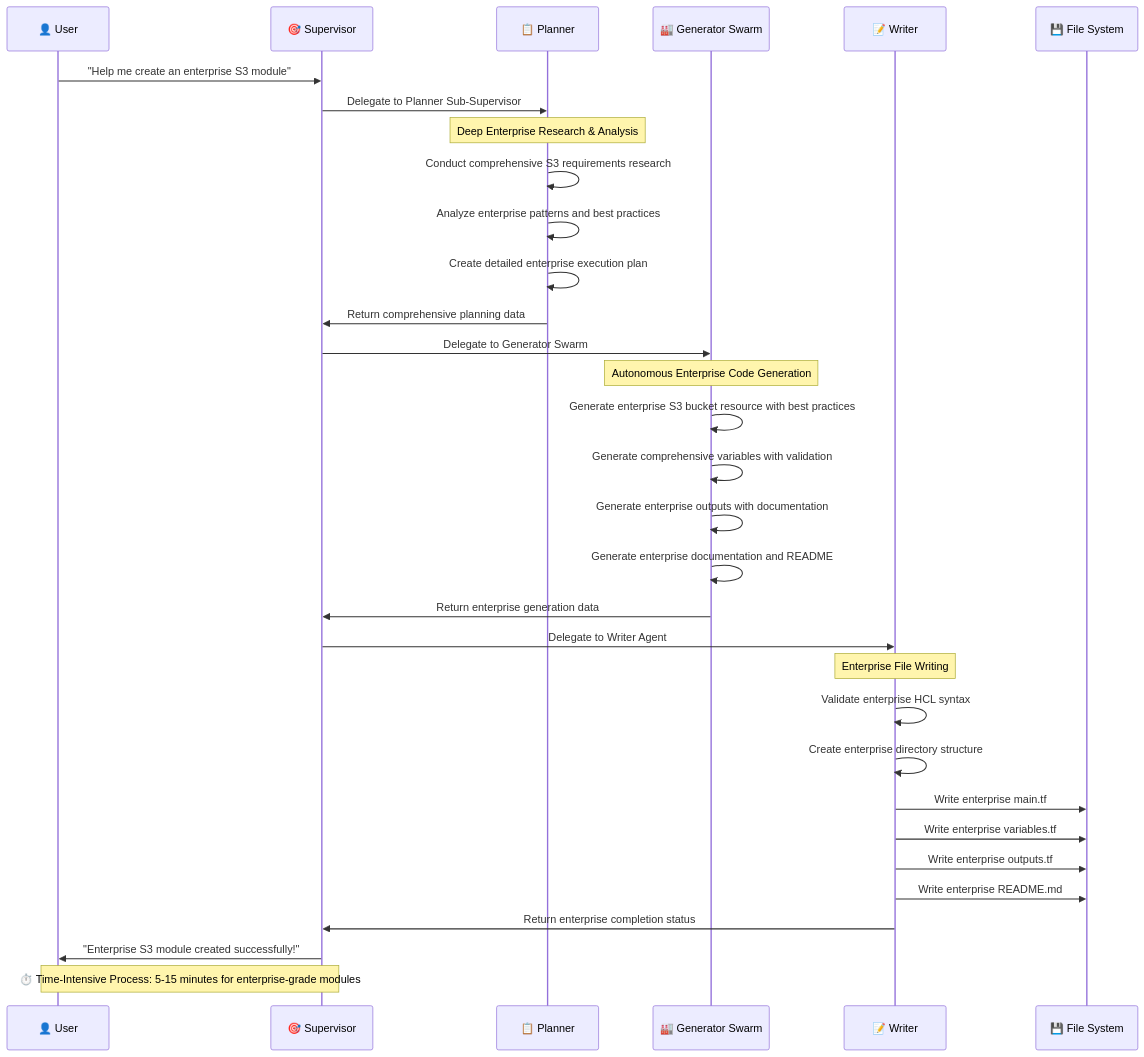
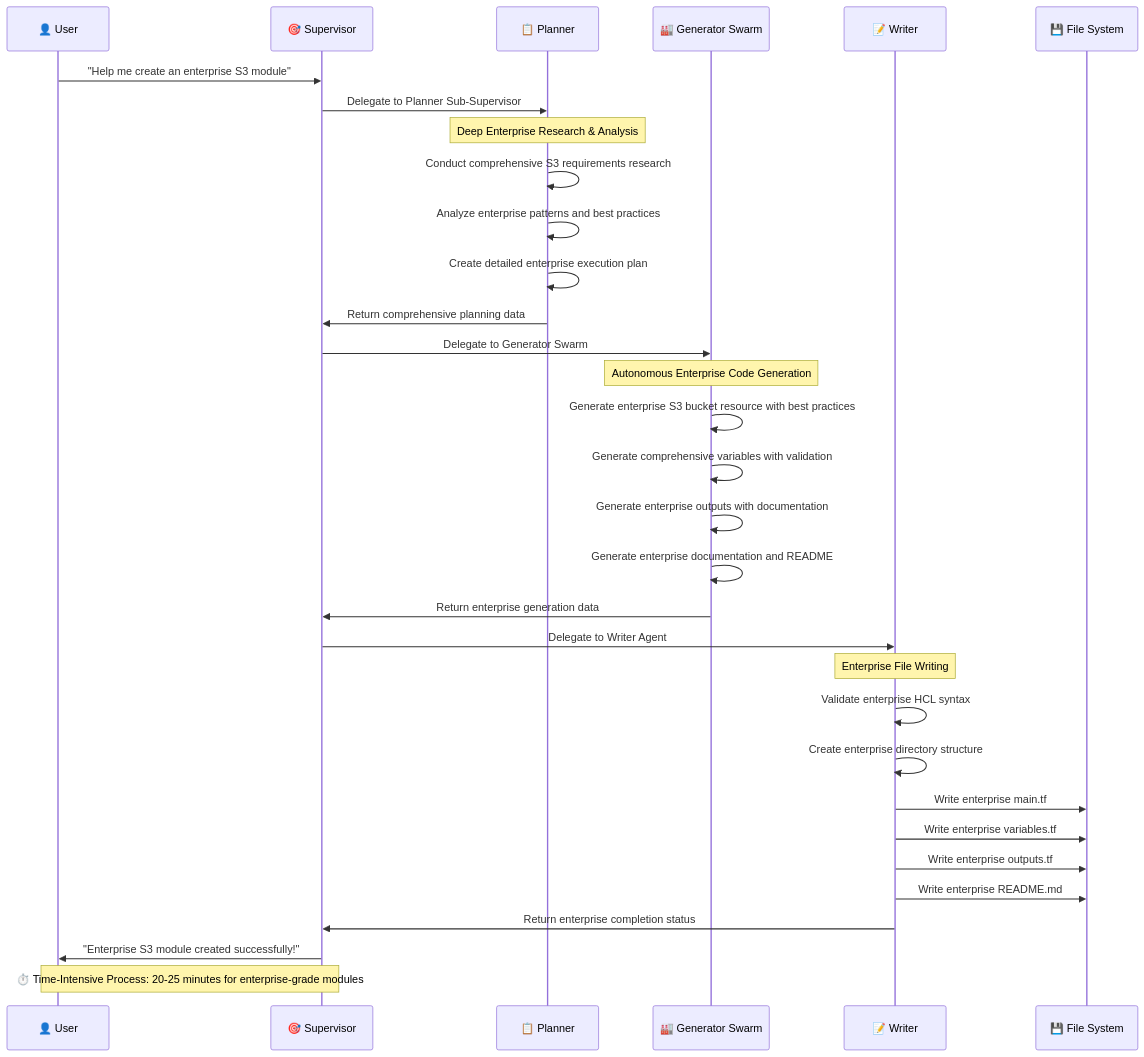
One commit to talkops-ai/aws-orchestrator-agent changed the third of 3 diagrams in README.md. Above: the diagram before and after it, drawn with Mermaid. The commit also changed other lines of this file and 1 other file, not shown here.

````diff
--- a/README.md
+++ b/README.md
@@ -269,42 +246,42 @@
 ```mermaid
 sequenceDiagram
     participant U as 👤 User
     participant S as 🎯 Supervisor
     participant P as 📋 Planner
     participant G as 🏭 Generator Swarm
     participant W as 📝 Writer
     participant FS as 💾 File System
     
     U->>S: "Help me create an enterprise S3 module"
     S->>P: Delegate to Planner Sub-Supervisor
     
     Note over P: Deep Enterprise Research & Analysis
     P->>P: Conduct comprehensive S3 requirements research
     P->>P: Analyze enterprise patterns and best practices
     P->>P: Create detailed enterprise execution plan
     P->>S: Return comprehensive planning data
     
     S->>G: Delegate to Generator Swarm
     
     Note over G: Autonomous Enterprise Code Generation
     G->>G: Generate enterprise S3 bucket resource with best practices
     G->>G: Generate comprehensive variables with validation
     G->>G: Generate enterprise outputs with documentation
     G->>G: Generate enterprise documentation and README
     G->>S: Return enterprise generation data
     
     S->>W: Delegate to Writer Agent
     
     Note over W: Enterprise File Writing
     W->>W: Validate enterprise HCL syntax
     W->>W: Create enterprise directory structure
     W->>FS: Write enterprise main.tf
     W->>FS: Write enterprise variables.tf
     W->>FS: Write enterprise outputs.tf
     W->>FS: Write enterprise README.md
     W->>S: Return enterprise completion status
     
     S->>U: "Enterprise S3 module created successfully!"
     
-    Note over U,S: ⏱️ Time-Intensive Process: 5-15 minutes for enterprise-grade modules
+    Note over U,S: ⏱️ Time-Intensive Process: 20-25 minutes for enterprise-grade modules
 ```
````
